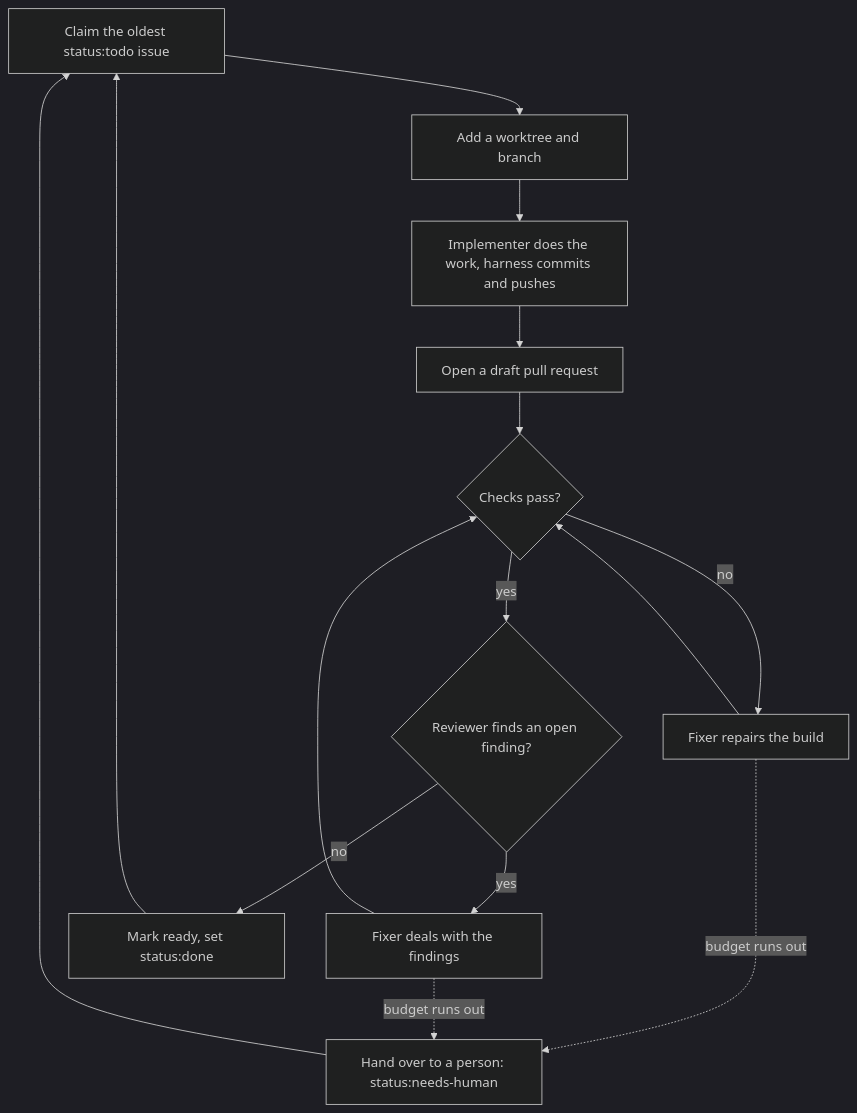
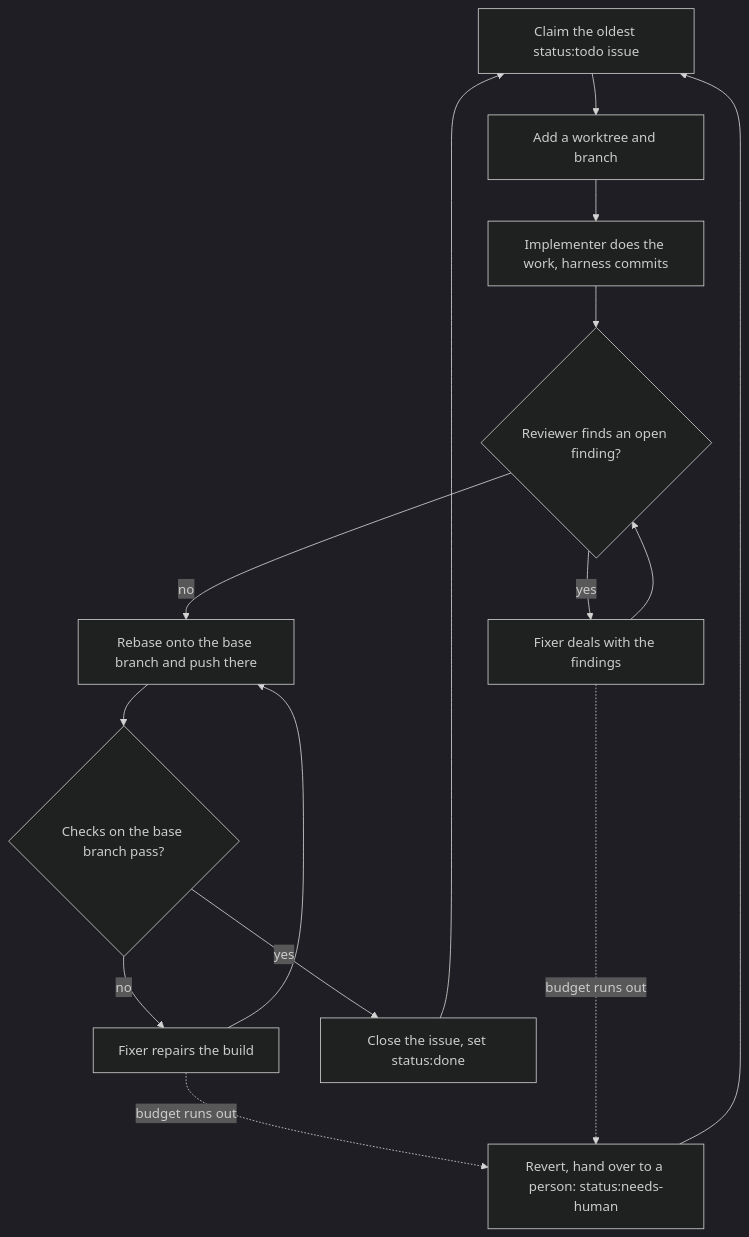
The diagram in packages/next-issue/README.md (ravshansbox/next-issue), drawn with Mermaid (dark theme) before and after one commit. The commit also changed other lines of this file and 36 other files, not shown here.

Commit message:
feat!: land approved changes on the base branch instead of a pull request (#242)

````diff
--- a/packages/next-issue/README.md
+++ b/packages/next-issue/README.md
@@ -14,17 +14,17 @@
 ```mermaid
 flowchart TD
     claim[Claim the oldest status:todo issue] --> worktree[Add a worktree and branch]
-    worktree --> implement[Implementer does the work, harness commits and pushes]
-    implement --> pr[Open a draft pull request]
-    pr --> checks{Checks pass?}
+    worktree --> implement[Implementer does the work, harness commits]
+    implement --> review{Reviewer finds an open finding?}
+    review -- yes --> fixReview[Fixer deals with the findings]
+    fixReview --> review
+    review -- no --> land[Rebase onto the base branch and push there]
+    land --> checks{Checks on the base branch pass?}
     checks -- no --> fixCi[Fixer repairs the build]
-    fixCi --> checks
-    checks -- yes --> review{Reviewer finds an open finding?}
-    review -- yes --> fixReview[Fixer deals with the findings]
-    fixReview --> checks
-    review -- no --> done[Mark ready, set status:done]
-    fixCi -. budget runs out .-> human[Hand over to a person: status:needs-human]
+    fixCi --> land
+    checks -- yes --> done[Close the issue, set status:done]
+    fixCi -. budget runs out .-> human[Revert, hand over to a person: status:needs-human]
     fixReview -. budget runs out .-> human
     done --> claim
     human --> claim
 ```
````
